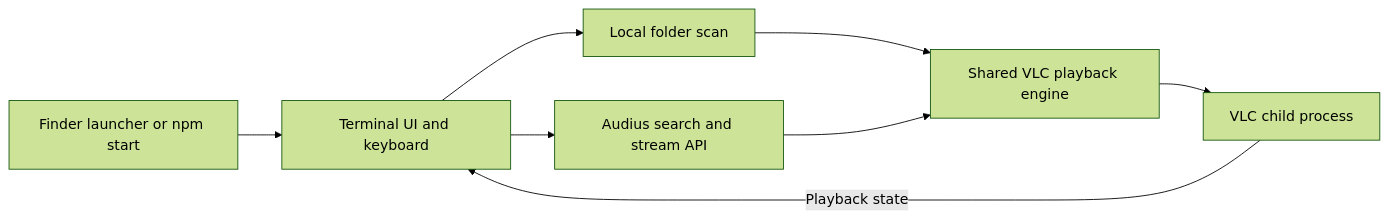
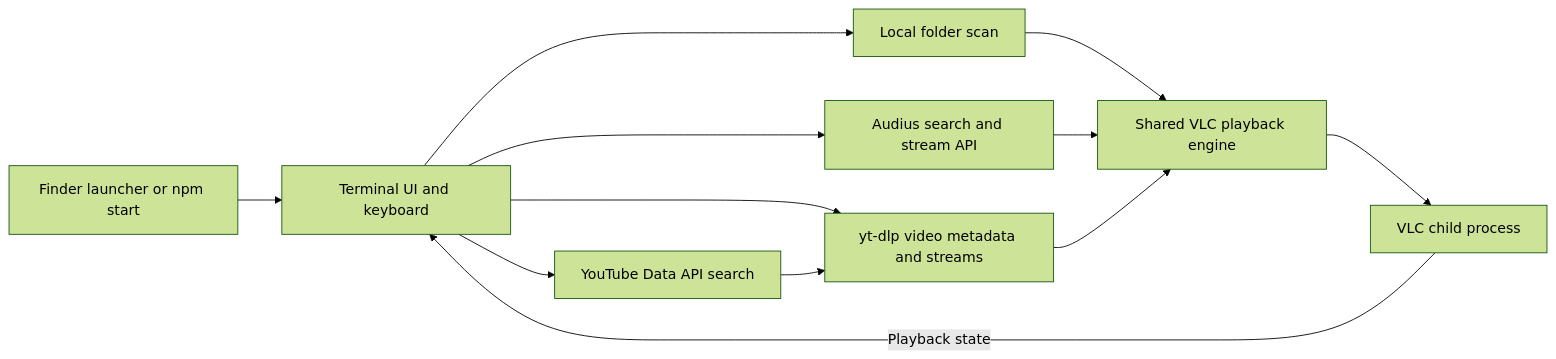
One commit to Dadi-Dinesh/cli_player changed the diagram in README.md. Above: the diagram before and after it, drawn with Mermaid (forest theme). The commit also changed other lines of this file and 10 other files, not shown here.

Commit message:
Add YouTube video mode with official search and yt-dlp streaming

````diff
--- a/README.md
+++ b/README.md
@@ -67,10 +111,14 @@
 ```mermaid
 flowchart LR
     Launcher["Finder launcher or npm start"] --> App["Terminal UI and keyboard"]
     App --> Files["Local folder scan"]
     App --> Audius["Audius search and stream API"]
+    App --> YouTube["YouTube Data API search"]
+    App --> Extractor["yt-dlp video metadata and streams"]
     Files --> Player["Shared VLC playback engine"]
     Audius --> Player
+    YouTube --> Extractor
+    Extractor --> Player
     Player --> VLC["VLC child process"]
     VLC -->|Playback state| App
 ```
````
